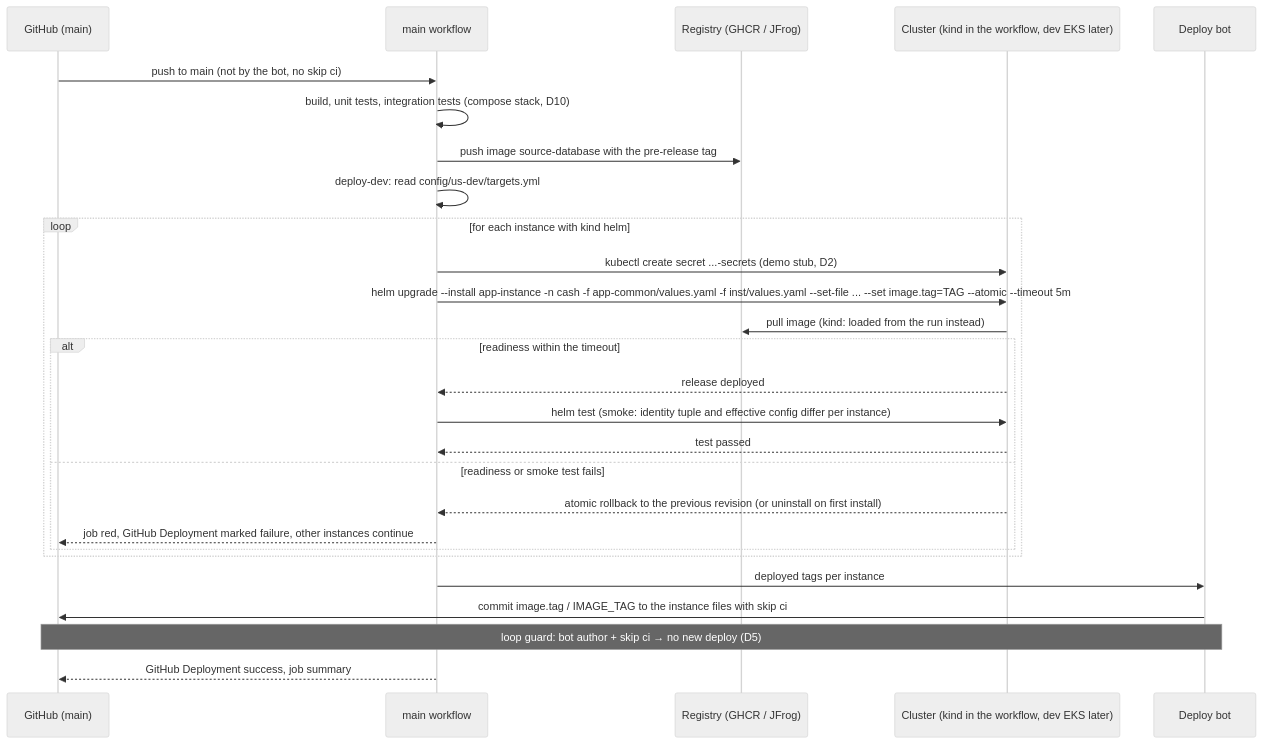
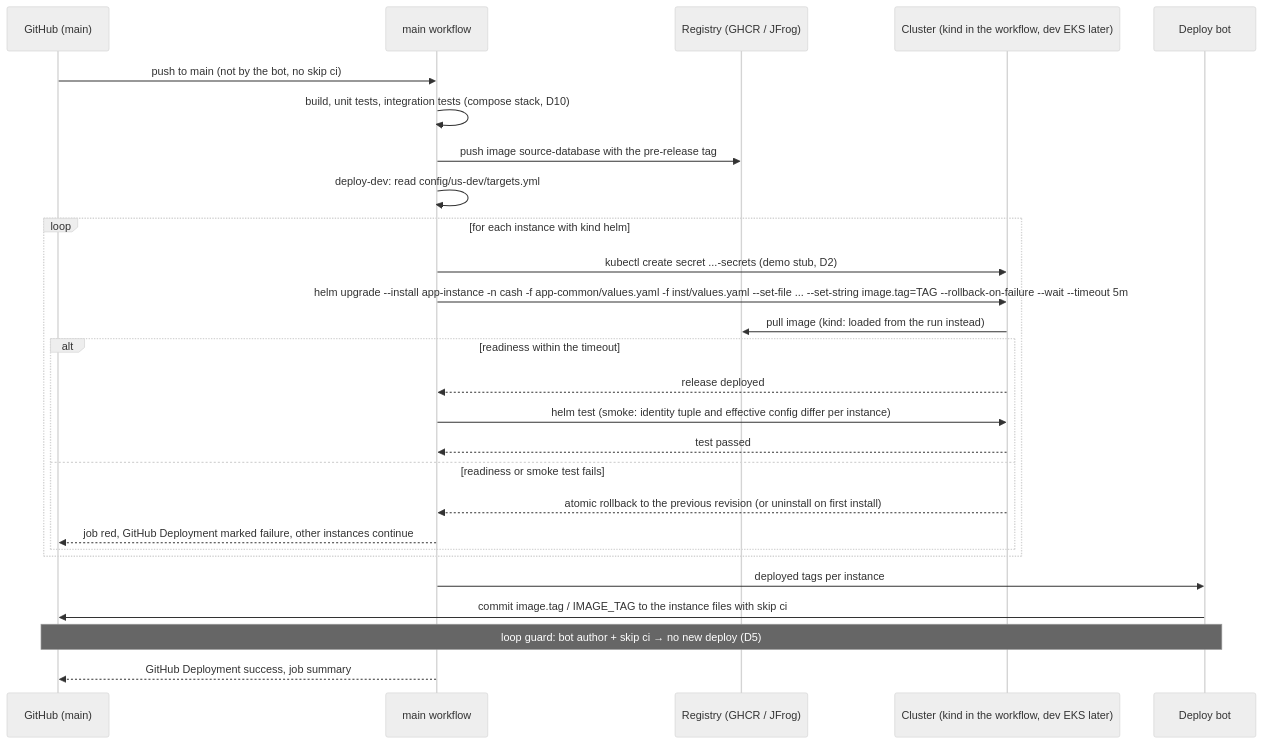
One commit to crazymatthsu/github-demo changed the third of 3 diagrams in docs/11-kubernetes-packaging-and-gitops.md. Above: the diagram before and after it, drawn with Mermaid (neutral theme). The commit also changed other lines of this file and 9 other files, not shown here.

````diff
--- a/docs/11-kubernetes-packaging-and-gitops.md
+++ b/docs/11-kubernetes-packaging-and-gitops.md
@@ -368,29 +376,29 @@
 ```mermaid
 sequenceDiagram
   participant G as GitHub (main)
   participant W as main workflow
   participant R as Registry (GHCR / JFrog)
   participant K as Cluster (kind in the workflow, dev EKS later)
   participant B as Deploy bot
   G->>W: push to main (not by the bot, no skip ci)
   W->>W: build, unit tests, integration tests (compose stack, D10)
   W->>R: push image source-database with the pre-release tag
   W->>W: deploy-dev: read config/us-dev/targets.yml
   loop for each instance with kind helm
     W->>K: kubectl create secret ...-secrets (demo stub, D2)
-    W->>K: helm upgrade --install app-instance -n cash -f app-common/values.yaml -f inst/values.yaml --set-file ... --set image.tag=TAG --atomic --timeout 5m
+    W->>K: helm upgrade --install app-instance -n cash -f app-common/values.yaml -f inst/values.yaml --set-file ... --set-string image.tag=TAG --rollback-on-failure --wait --timeout 5m
     K->>R: pull image (kind: loaded from the run instead)
     alt readiness within the timeout
       K-->>W: release deployed
       W->>K: helm test (smoke: identity tuple and effective config differ per instance)
       K-->>W: test passed
     else readiness or smoke test fails
       K-->>W: atomic rollback to the previous revision (or uninstall on first install)
       W-->>G: job red, GitHub Deployment marked failure, other instances continue
     end
   end
   W->>B: deployed tags per instance
   B->>G: commit image.tag / IMAGE_TAG to the instance files with skip ci
   Note over G,B: loop guard: bot author + skip ci → no new deploy (D5)
   W-->>G: GitHub Deployment success, job summary
 ```
````
